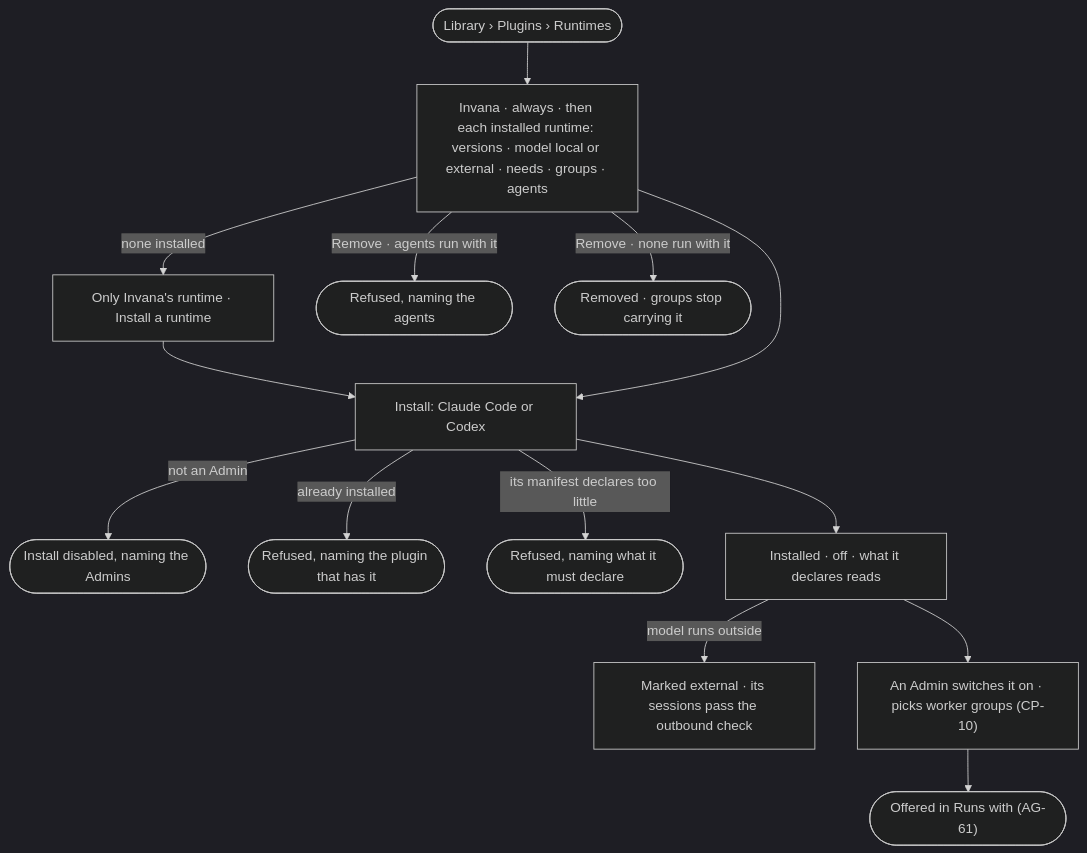
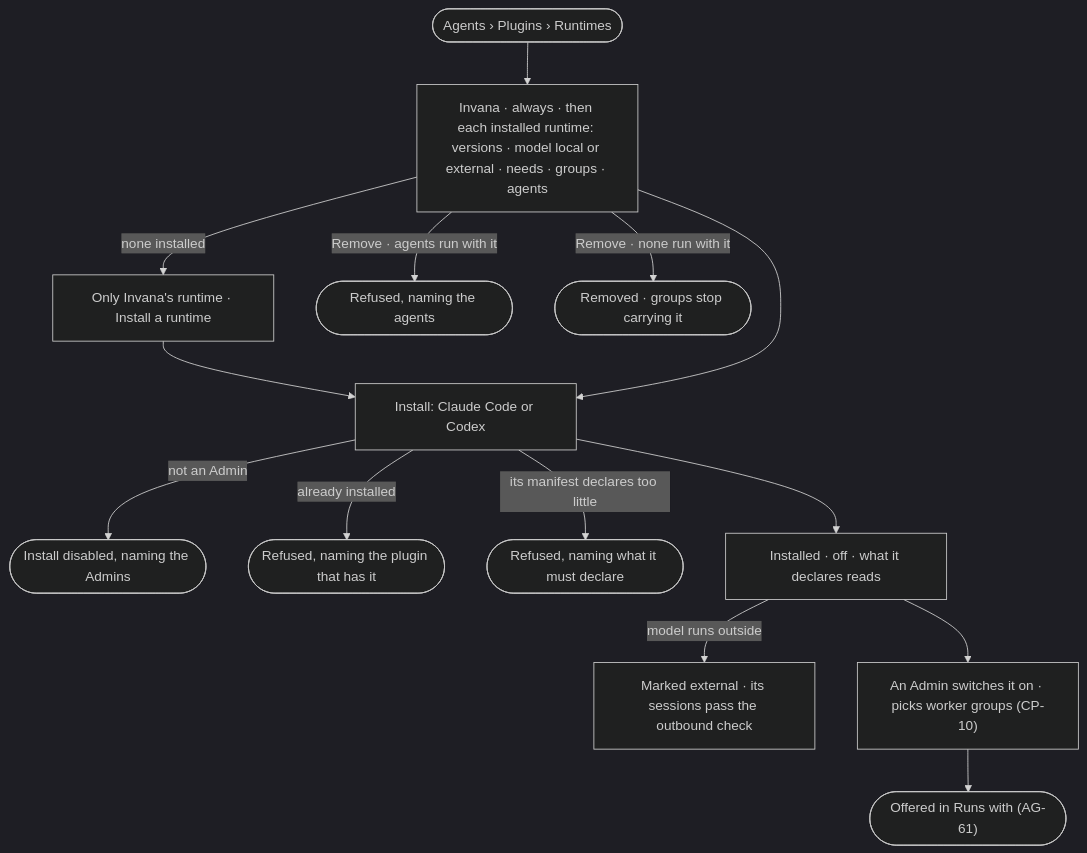
One commit to invana/invana changed the diagram in specs/os/control/features/CP-F02-plugins-and-outside-tools/stories/CP-64-install-an-agent-runtime/story.md. Above: the diagram before and after it, drawn with Mermaid (dark theme). The commit also changed other lines of this file and 106 other files, not shown here.

````diff
--- a/specs/os/control/features/CP-F02-plugins-and-outside-tools/stories/CP-64-install-an-agent-runtime/story.md
+++ b/specs/os/control/features/CP-F02-plugins-and-outside-tools/stories/CP-64-install-an-agent-runtime/story.md
@@ -29,16 +29,16 @@
 ```mermaid
 flowchart TD
-  s([Library › Plugins › Runtimes]) --> l["Invana · always · then each installed runtime: versions · model local or external · needs · groups · agents"]
+  s([Agents › Plugins › Runtimes]) --> l["Invana · always · then each installed runtime: versions · model local or external · needs · groups · agents"]
   l -->|none installed| fu["Only Invana's runtime · Install a runtime"]
   fu --> i["Install: Claude Code or Codex"]
   l --> i
   i -->|not an Admin| no(["Install disabled, naming the Admins"])
   i -->|already installed| dup(["Refused, naming the plugin that has it"])
   i -->|its manifest declares too little| bad(["Refused, naming what it must declare"])
   i --> ok["Installed · off · what it declares reads"]
   ok -->|model runs outside| ext["Marked external · its sessions pass the outbound check"]
   ok --> on["An Admin switches it on · picks worker groups (CP-10)"]
   on --> off(["Offered in Runs with (AG-61)"])
   l -->|Remove · agents run with it| rb(["Refused, naming the agents"])
   l -->|Remove · none run with it| rm(["Removed · groups stop carrying it"])
 ```
````
